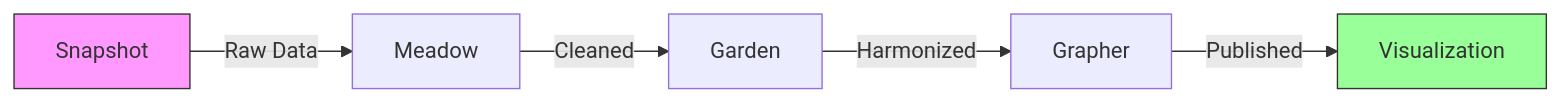
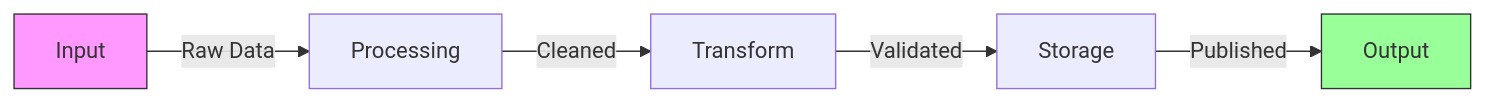
One commit to owid/etl changed the first of 3 diagrams in docs/guides/demo.md. Above: the diagram before and after it, drawn with Mermaid. The commit also changed other lines of this file and 1 other file, not shown here.

````diff
--- a/docs/guides/demo.md
+++ b/docs/guides/demo.md
@@ -234,10 +243,10 @@
 ```mermaid
 graph LR
-    A[Snapshot] -->|Raw Data| B[Meadow]
-    B -->|Cleaned| C[Garden]
-    C -->|Harmonized| D[Grapher]
-    D -->|Published| E[Visualization]
+    A[Input] -->|Raw Data| B[Processing]
+    B -->|Cleaned| C[Transform]
+    C -->|Validated| D[Storage]
+    D -->|Published| E[Output]
 
     style A fill:#f9f,stroke:#333
     style E fill:#9f9,stroke:#333
 ```
````
